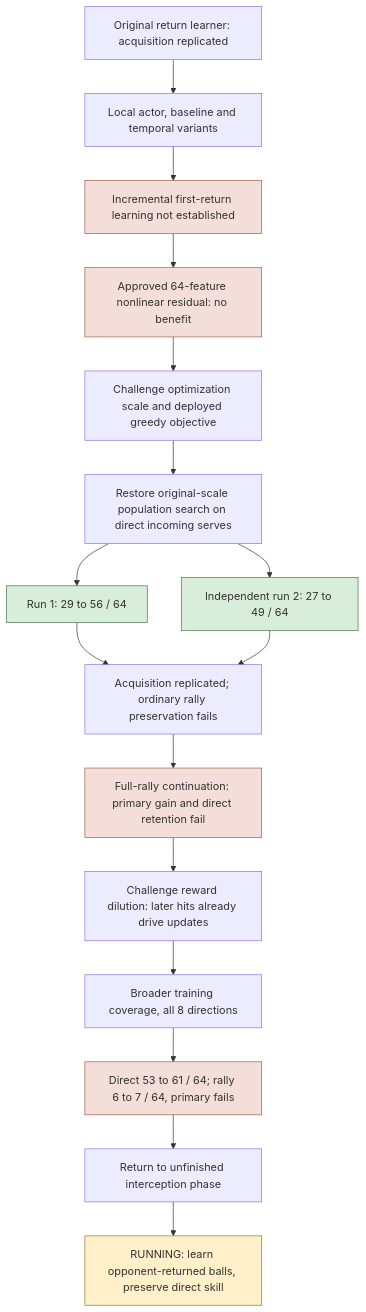
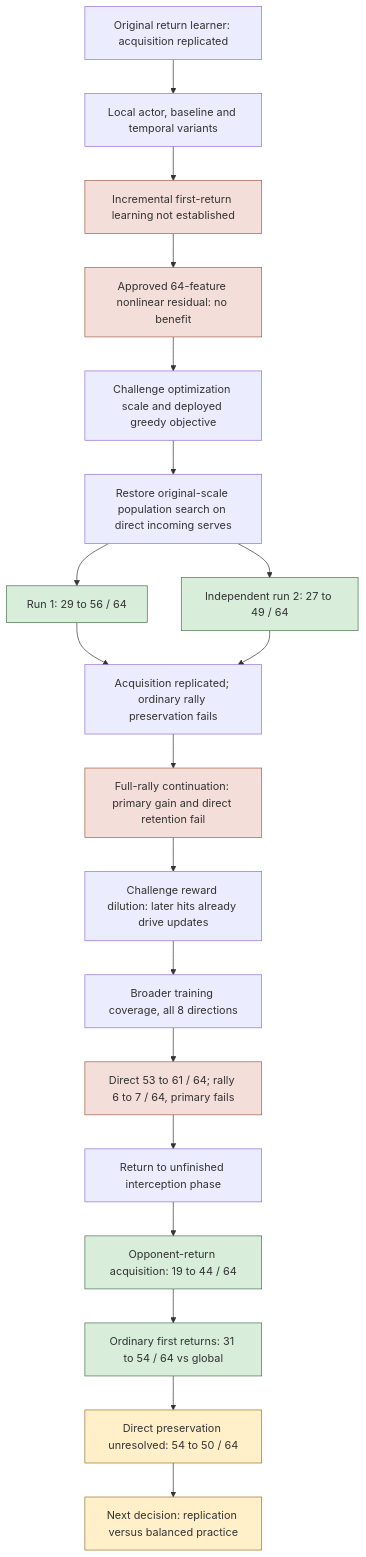
The diagram in docs/reconstruction/2026-10-22-progress-map.md (rruhland/Fly-Connectome), drawn with Mermaid before and after one commit. The commit also changed other lines of this file and 1 other file, not shown here.

Commit message:
Record opponent-return acquisition and unresolved direct retention

````diff
--- a/docs/reconstruction/2026-10-22-progress-map.md
+++ b/docs/reconstruction/2026-10-22-progress-map.md
@@ -7,24 +7,27 @@
 ```mermaid
 flowchart TD
     A[Original return learner: acquisition replicated] --> B[Local actor, baseline and temporal variants]
     B --> C[Incremental first-return learning not established]
     C --> D[Approved 64-feature nonlinear residual: no benefit]
     D --> E[Challenge optimization scale and deployed greedy objective]
     E --> F[Restore original-scale population search on direct incoming serves]
     F --> G[Run 1: 29 to 56 / 64]
     F --> H[Independent run 2: 27 to 49 / 64]
     G --> I[Acquisition replicated; ordinary rally preservation fails]
     H --> I
     I --> J[Full-rally continuation: primary gain and direct retention fail]
     J --> K[Challenge reward dilution: later hits already drive updates]
     K --> L[Broader training coverage, all 8 directions]
     L --> M[Direct 53 to 61 / 64; rally 6 to 7 / 64, primary fails]
     M --> N[Return to unfinished interception phase]
-    N --> O[RUNNING: learn opponent-returned balls, preserve direct skill]
+    N --> O[Opponent-return acquisition: 19 to 44 / 64]
+    O --> P[Ordinary first returns: 31 to 54 / 64 vs global]
+    P --> Q[Direct preservation unresolved: 54 to 50 / 64]
+    Q --> R[Next decision: replication versus balanced practice]
     classDef gain fill:#d9eddb,stroke:#46734a
     classDef fail fill:#f4ded9,stroke:#a15d49
     classDef active fill:#fff0c9,stroke:#967627
-    class G,H gain
+    class G,H,O,P gain
     class C,D,J,M fail
-    class O active
+    class Q,R active
 ```
````
